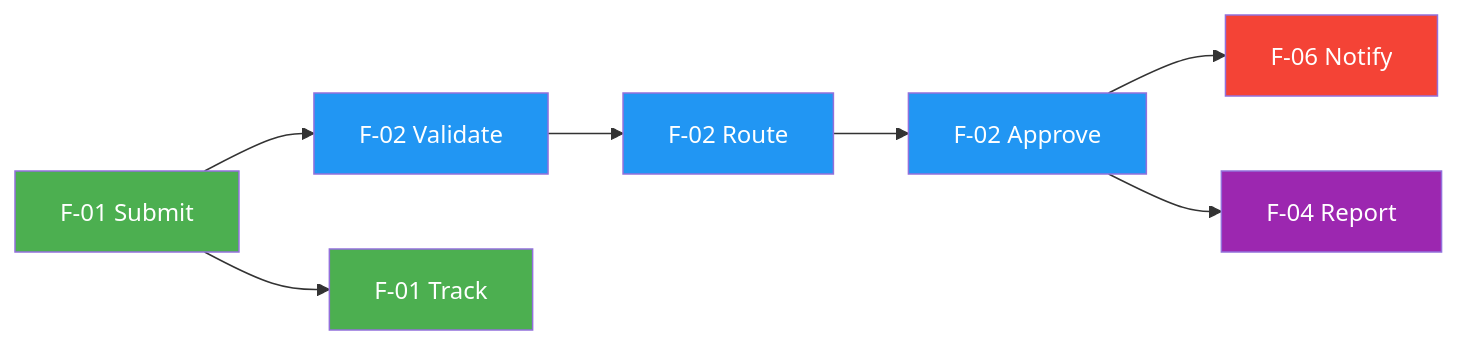
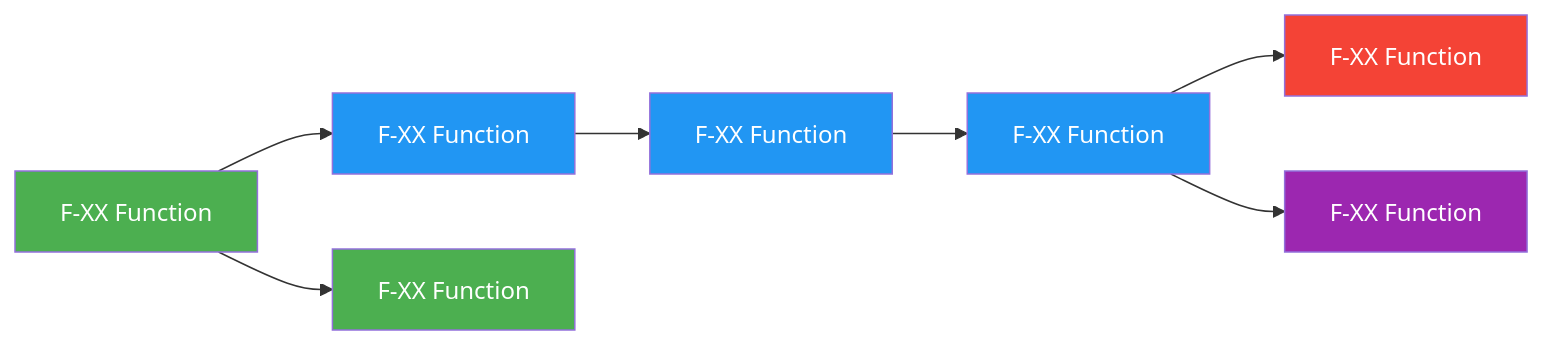
The second of 2 diagrams in document-template/09_Systems_Architecture_and_Design/Functional-Architecture.md (oat431/swe-knowledge), drawn with Mermaid before and after one commit. The commit also changed other lines of this file and 50 other files, not shown here.

````diff
--- a/document-template/09_Systems_Architecture_and_Design/Functional-Architecture.md
+++ b/document-template/09_Systems_Architecture_and_Design/Functional-Architecture.md
@@ -122,17 +82,17 @@
 ```mermaid
 flowchart LR
-    F01[F-01 Submit] --> F02[F-02 Validate]
-    F02 --> F03[F-02 Route]
-    F03 --> F04[F-02 Approve]
-    F04 --> F05[F-06 Notify]
-    F01 --> F06[F-01 Track]
-    F04 --> F07[F-04 Report]
+    F01[F-XX Function] --> F02[F-XX Function]
+    F02 --> F03[F-XX Function]
+    F03 --> F04[F-XX Function]
+    F04 --> F05[F-XX Function]
+    F01 --> F06[F-XX Function]
+    F04 --> F07[F-XX Function]
 
     style F01 fill:#4CAF50,color:#fff
     style F02 fill:#2196F3,color:#fff
     style F03 fill:#2196F3,color:#fff
     style F04 fill:#2196F3,color:#fff
     style F05 fill:#f44336,color:#fff
     style F06 fill:#4CAF50,color:#fff
     style F07 fill:#9C27B0,color:#fff
 ```
````
